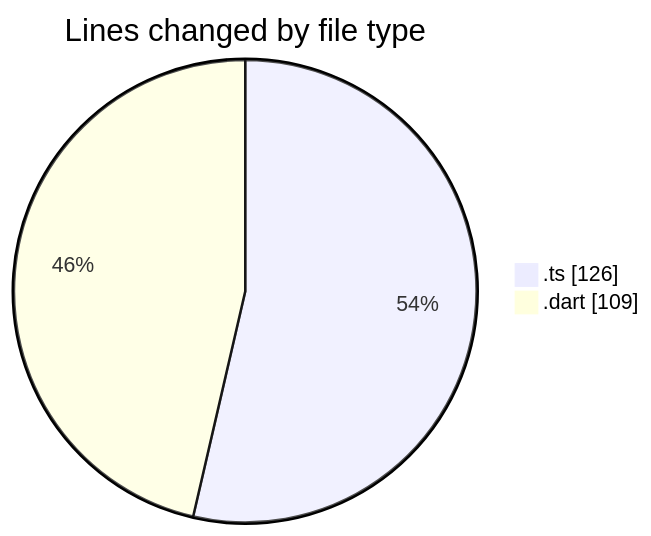
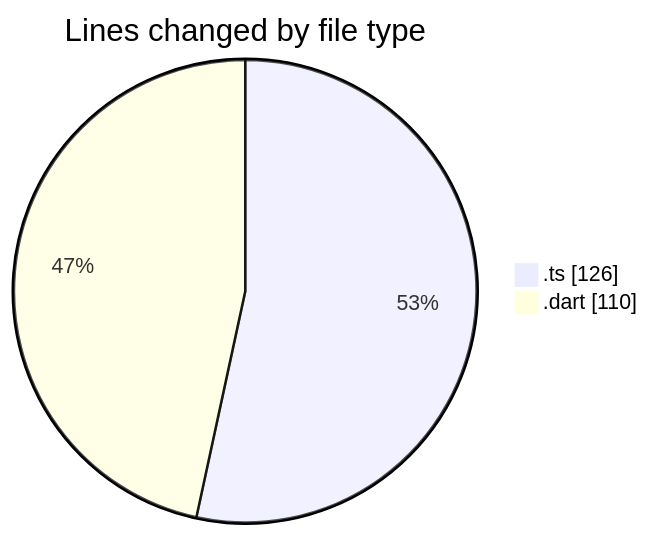
The first of 2 diagrams in 2025-02-09/maps_clone/README.md (donsfak/code-tracking), drawn with Mermaid before and after one commit. The commit also changed other lines of this file and 1 other file, not shown here.

````diff
--- a/2025-02-09/maps_clone/README.md
+++ b/2025-02-09/maps_clone/README.md
@@ -21,6 +21,6 @@
 ```mermaid
 pie showData
 title Lines changed by file type
 ".ts" : 126
-".dart" : 109
+".dart" : 110
 ```
````
